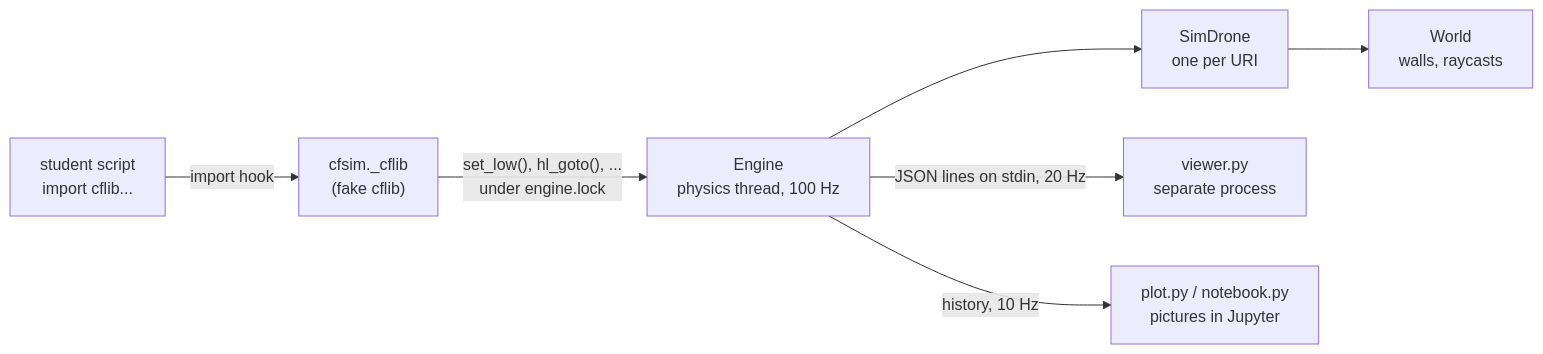
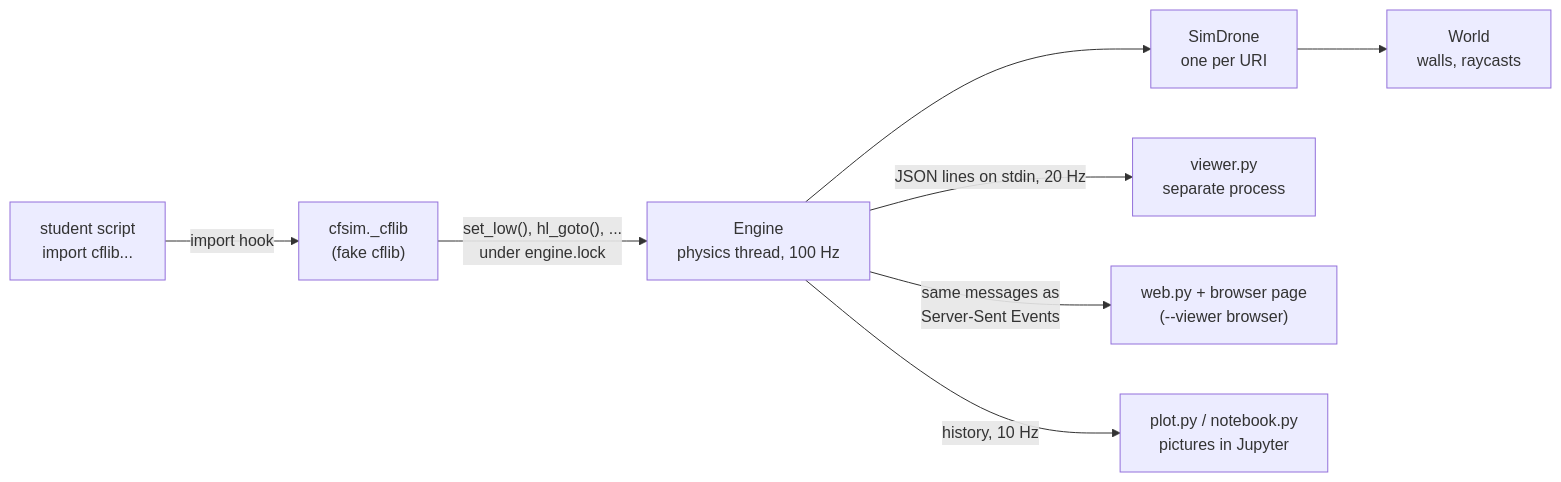
The first of 2 diagrams in docs/developer-guide.md (clbokea/cfsim), drawn with Mermaid before and after one commit. The commit also changed other lines of this file and 19 other files, not shown here.

````diff
--- a/docs/developer-guide.md
+++ b/docs/developer-guide.md
@@ -31,9 +32,10 @@
 ```mermaid
 flowchart LR
     S["student script<br/>import cflib..."] -->|import hook| F["cfsim._cflib<br/>(fake cflib)"]
     F -->|"set_low(), hl_goto(), ...<br/>under engine.lock"| E["Engine<br/>physics thread, 100 Hz"]
     E --> D["SimDrone<br/>one per URI"]
     D --> W["World<br/>walls, raycasts"]
     E -->|"JSON lines on stdin, 20 Hz"| V["viewer.py<br/>separate process"]
+    E -->|"same messages as<br/>Server-Sent Events"| B["web.py + browser page<br/>(--viewer browser)"]
     E -->|"history, 10 Hz"| P["plot.py / notebook.py<br/>pictures in Jupyter"]
 ```
````
